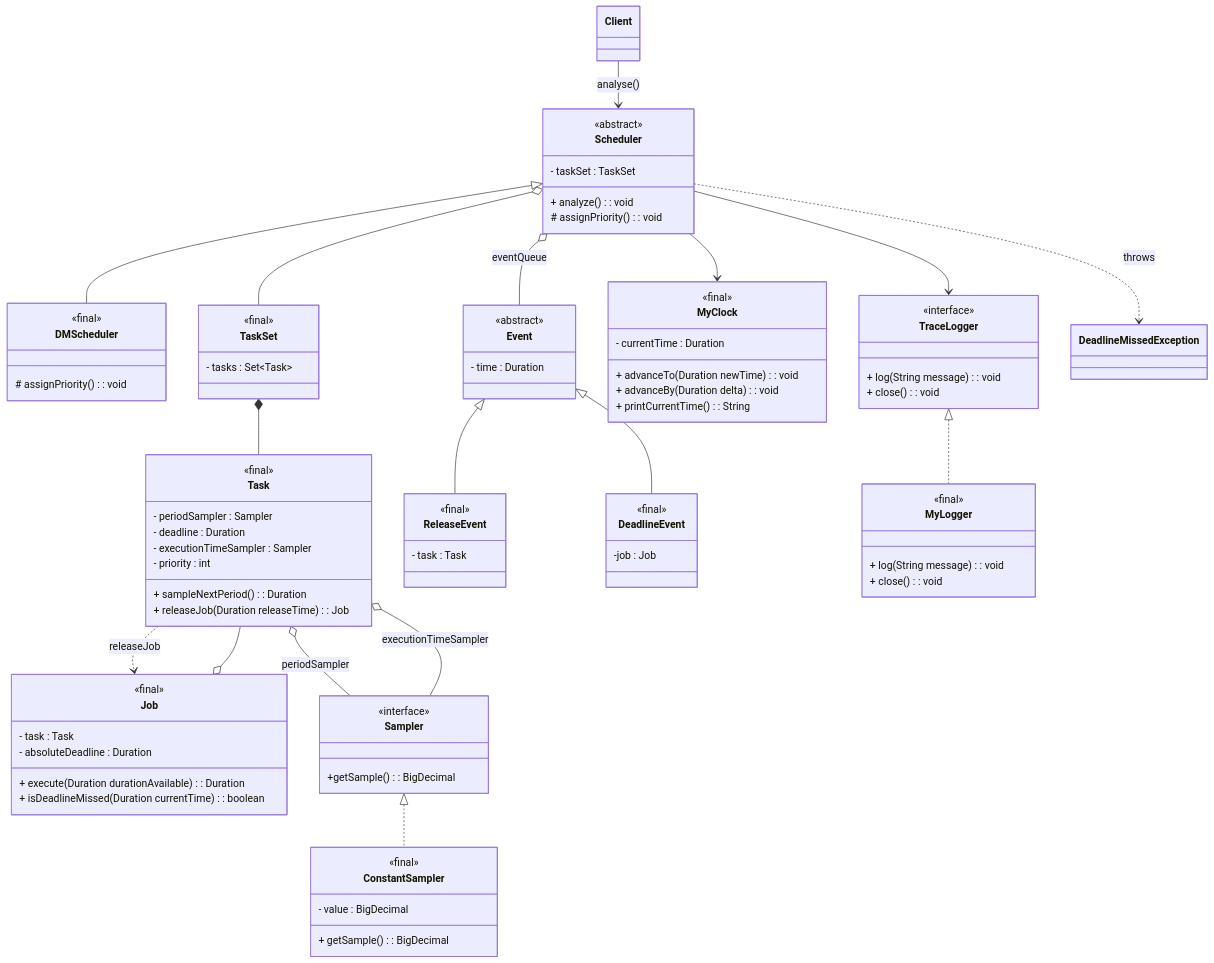
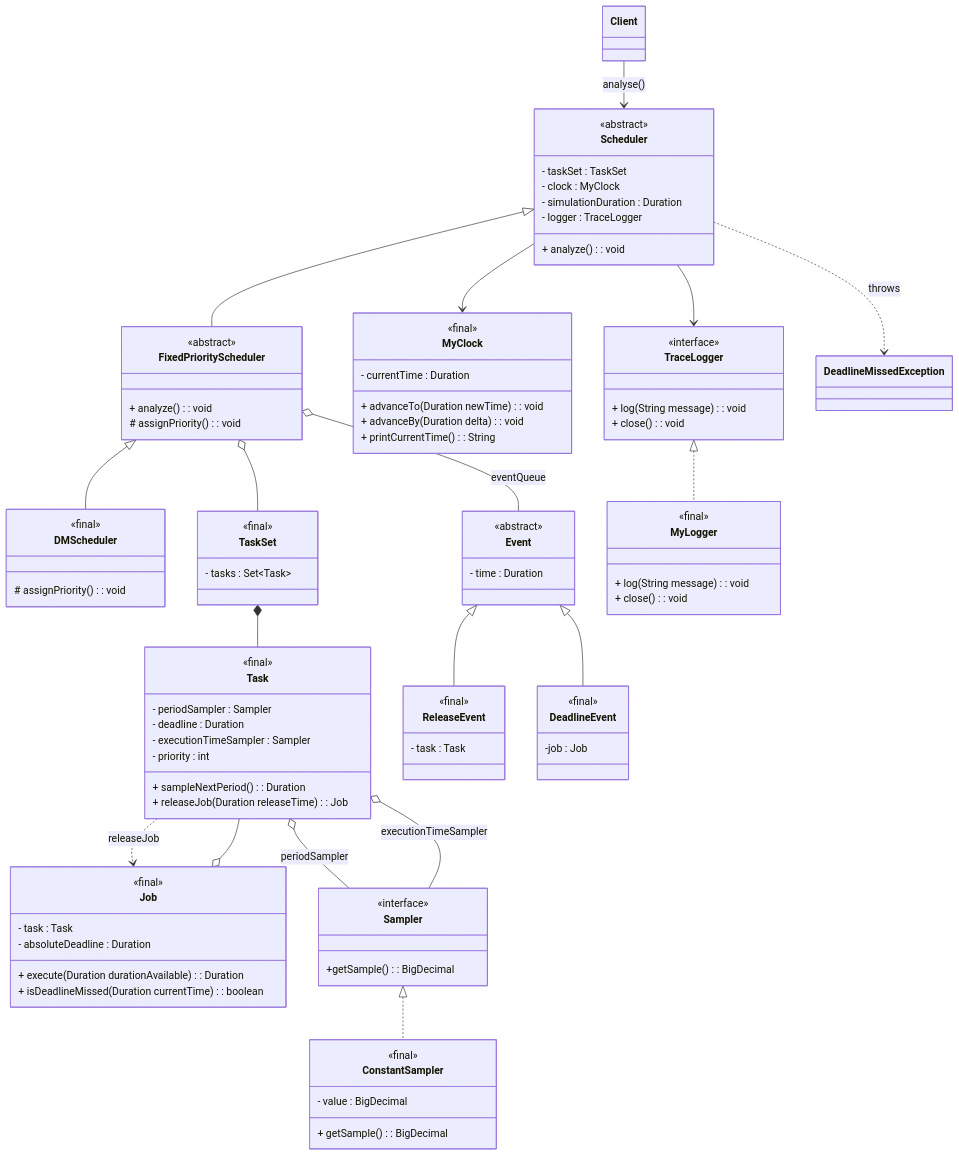
Before and after one commit to edoardosarri24/probabilistic-soft-real-time-analysis: the diagram in report/images/1-simulator/class_diagram.mmd, drawn with Mermaid. The commit also changed 7 other files, not shown here.

Commit message:
FixedPriorityScheduler abstraction

```diff
--- a/report/images/1-simulator/class_diagram.mmd
+++ b/report/images/1-simulator/class_diagram.mmd
@@ -1,108 +1,117 @@
 classDiagram
 
     %% Scheduler
     class Scheduler {
         <<abstract>>
         - taskSet : TaskSet
+        - clock : MyClock
+        - simulationDuration : Duration
+        - logger : TraceLogger
+        + analyze() : void
+    }
+
+    class FixedPriorityScheduler {
+        <<abstract>>
         + analyze() : void
         # assignPriority() : void
     }
 
     class DMScheduler {
         <<final>>
         # assignPriority() : void
     }
 
     %% TaskSet
     class TaskSet {
         <<final>>
         - tasks : Set~Task~
     }
 
     class Task {
         <<final>>
         - periodSampler : Sampler
         - deadline : Duration
         - executionTimeSampler : Sampler
         - priority : int
         + sampleNextPeriod() : Duration
         + releaseJob(Duration releaseTime) : Job
     }
 
     class Job {
         <<final>>
         - task : Task
         - absoluteDeadline : Duration
         + execute(Duration durationAvailable) : Duration
         + isDeadlineMissed(Duration currentTime) : boolean
     }
 
     %% Event
     class Event {
         <<abstract>>
         - time : Duration
     }
 
     class ReleaseEvent {
         <<final>>
         - task : Task
     }
 
     class DeadlineEvent {
         <<final>>
         -job : Job
     }
 
     %% Utils
     class MyClock {
         <<final>>
         - currentTime : Duration
         + advanceTo(Duration newTime) : void
         + advanceBy(Duration delta) : void
         + printCurrentTime() : String
     }
 
     class TraceLogger {
         <<interface>>
         + log(String message) : void
         + close() : void
     }
 
     class MyLogger {
         <<final>>
         + log(String message) : void
         + close() : void
     }
 
     class Sampler {
         <<interface>>
         +getSample() : BigDecimal
     }
 
     class ConstantSampler {
         <<final>>
         - value : BigDecimal
         + getSample() : BigDecimal
     }
 
     %% Relationships
     Client --> Scheduler : analyse()
     %% Scheduler
-    Scheduler <|-- DMScheduler
+    Scheduler <|-- FixedPriorityScheduler
+    FixedPriorityScheduler <|-- DMScheduler
     Scheduler --> MyClock
     Scheduler --> TraceLogger
-    Scheduler o-- TaskSet
-    Scheduler o-- Event : eventQueue
+    FixedPriorityScheduler o-- TaskSet
+    FixedPriorityScheduler o-- Event : eventQueue
     Scheduler ..> DeadlineMissedException : throws
     %% TaskSet
     TaskSet *-- Task
     Job o-- Task
     Task o-- Sampler : periodSampler
     Task o-- Sampler : executionTimeSampler
     Task ..> Job : releaseJob
     %% Event
     Event <|-- ReleaseEvent
     Event <|-- DeadlineEvent
     %% Utils
     TraceLogger <|.. MyLogger
     Sampler <|.. ConstantSampler
```
